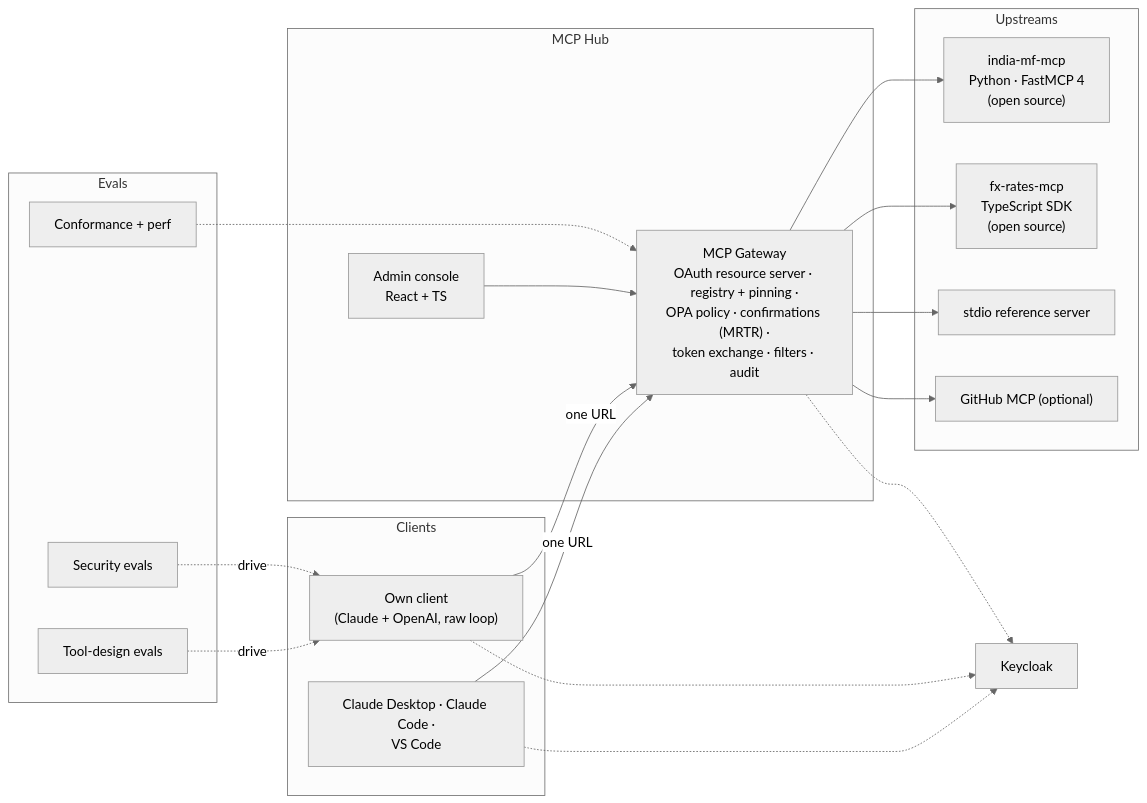
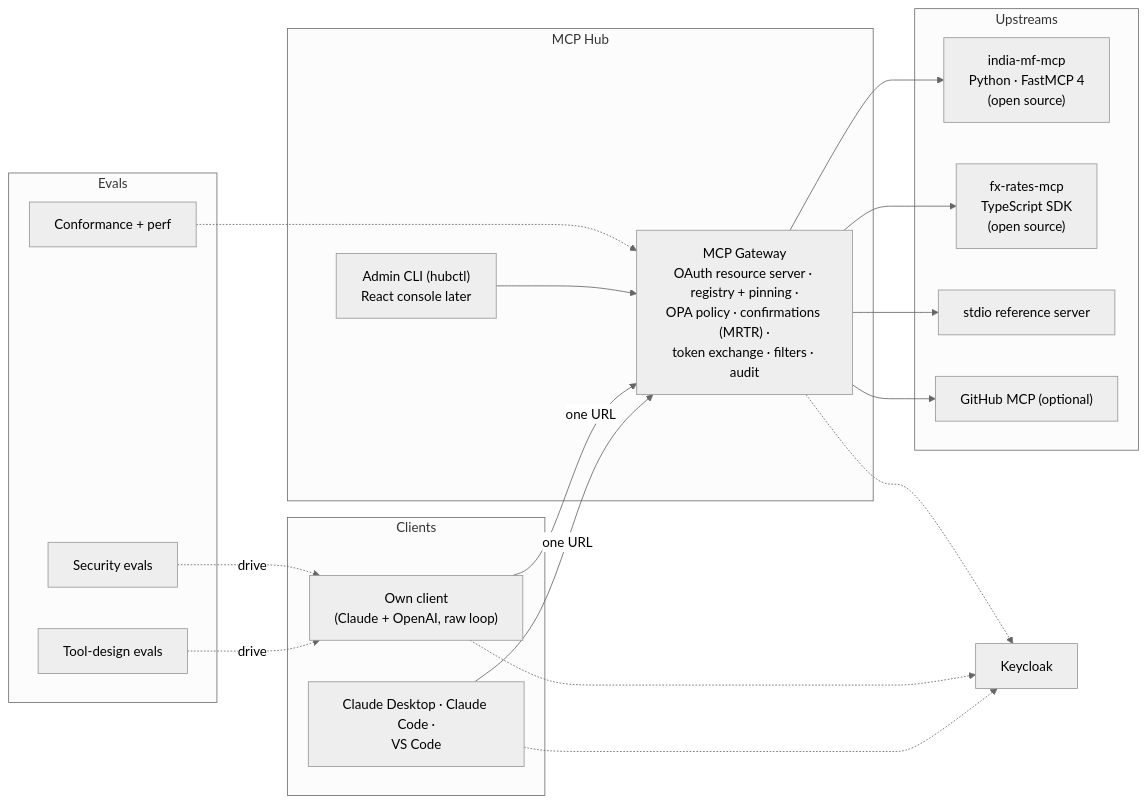
One commit to pRiMeXoMeGa/AI-Learning-Projects changed the diagram in projects/02-mcp-hub/README.md. Above: the diagram before and after it, drawn with Mermaid (neutral theme). The commit also changed other lines of this file and 10 other files, not shown here.

First line of the commit message:
Choose core plan for Project 2 and update the roadmap

````diff
--- a/projects/02-mcp-hub/README.md
+++ b/projects/02-mcp-hub/README.md
@@ -33,29 +34,29 @@
 ```mermaid
 flowchart LR
     subgraph Clients
         C1["Claude Desktop · Claude Code ·<br/>VS Code"]
         C2["Own client<br/>(Claude + OpenAI, raw loop)"]
     end
     subgraph Hub["MCP Hub"]
         GW["MCP Gateway<br/>OAuth resource server · registry + pinning ·<br/>OPA policy · confirmations (MRTR) ·<br/>token exchange · filters · audit"]
-        CON["Admin console<br/>React + TS"]
+        CON["Admin CLI (hubctl)<br/>React console later"]
     end
     subgraph Upstreams
         MF["india-mf-mcp<br/>Python · FastMCP 4<br/>(open source)"]
         FX["fx-rates-mcp<br/>TypeScript SDK<br/>(open source)"]
         REF["stdio reference server"]
         GH["GitHub MCP (optional)"]
     end
     KC["Keycloak"]
     subgraph Evals
         E1["Tool-design evals"]
         E2["Security evals"]
         E3["Conformance + perf"]
     end
     C1 & C2 -->|"one URL"| GW
     CON --> GW
     GW --> MF & FX & REF & GH
     C1 & C2 & GW -.-> KC
     E1 & E2 -.->|"drive"| C2
     E3 -.-> GW
 ```
````
